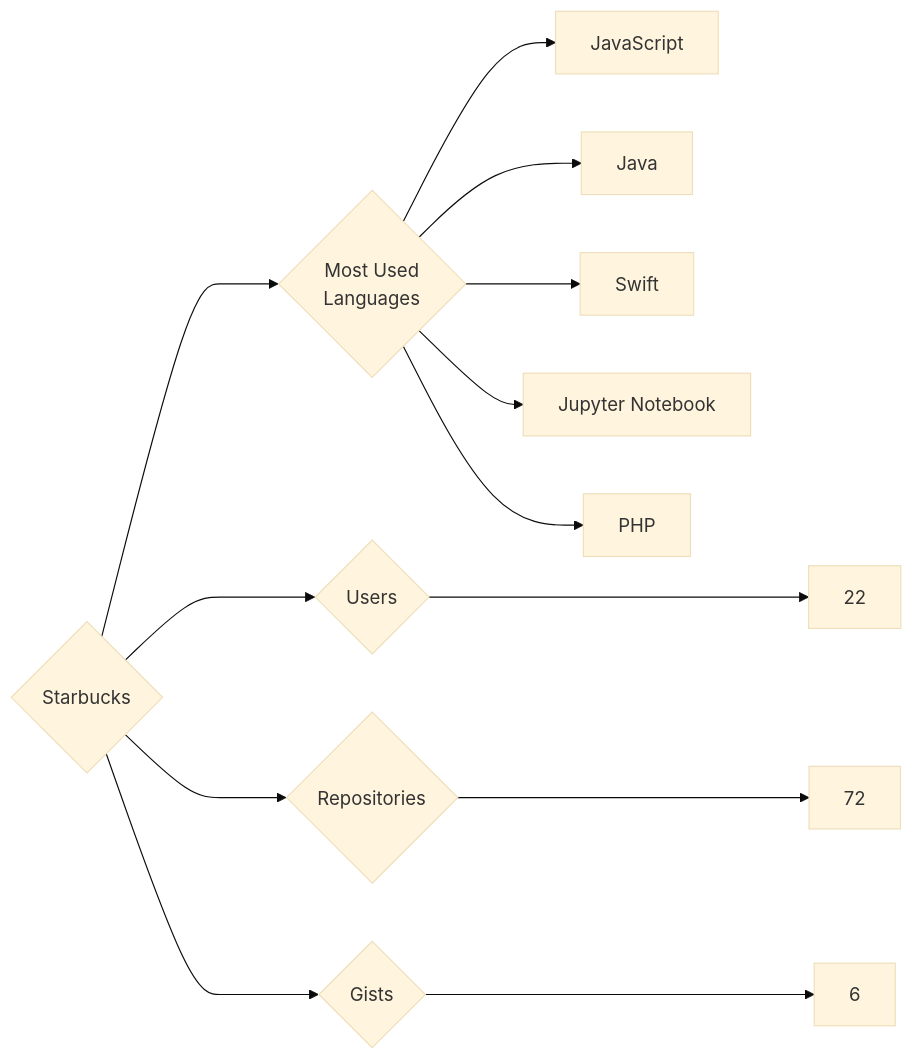
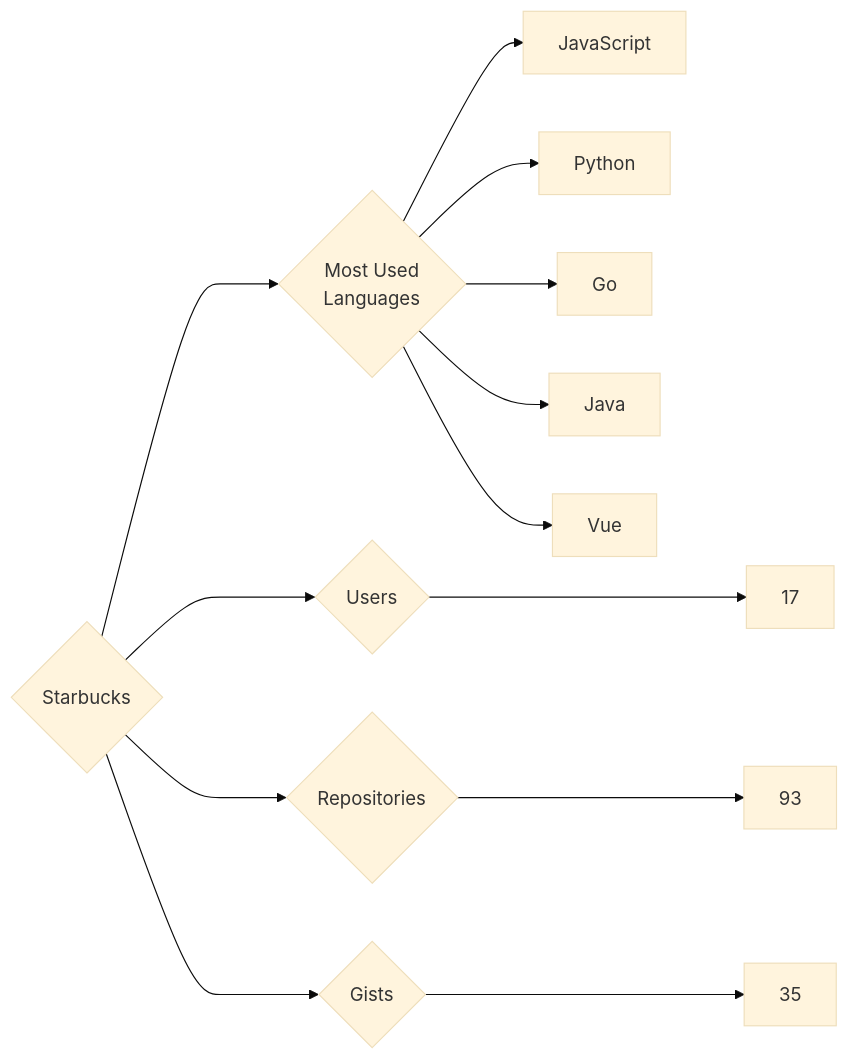
The diagram in targets/Starbucks/README.md (trickest/insiders), drawn with Mermaid (base theme) before and after one commit. The commit also changed 965 other files, not shown here.

````diff
--- a/targets/Starbucks/README.md
+++ b/targets/Starbucks/README.md
@@ -3,13 +3,13 @@
 ```mermaid
 graph LR
 COMPANY_NAME{Starbucks}
-COMPANY_NAME ---> U{Users} ---> UN[22]
-COMPANY_NAME ---> R{Repositories} ---> RN[72]
-COMPANY_NAME ---> G{Gists} ---> GN[6]
+COMPANY_NAME ---> U{Users} ---> UN[17]
+COMPANY_NAME ---> R{Repositories} ---> RN[93]
+COMPANY_NAME ---> G{Gists} ---> GN[35]
 COMPANY_NAME ---> ML{Most Used<br>Languages}
 ML --> JavaScript[JavaScript]
+ML --> Python[Python]
+ML --> Go[Go]
 ML --> Java[Java]
-ML --> Swift[Swift]
-ML --> Jupyter_Notebook[Jupyter Notebook]
-ML --> PHP[PHP]
+ML --> Vue[Vue]
 ```
````
